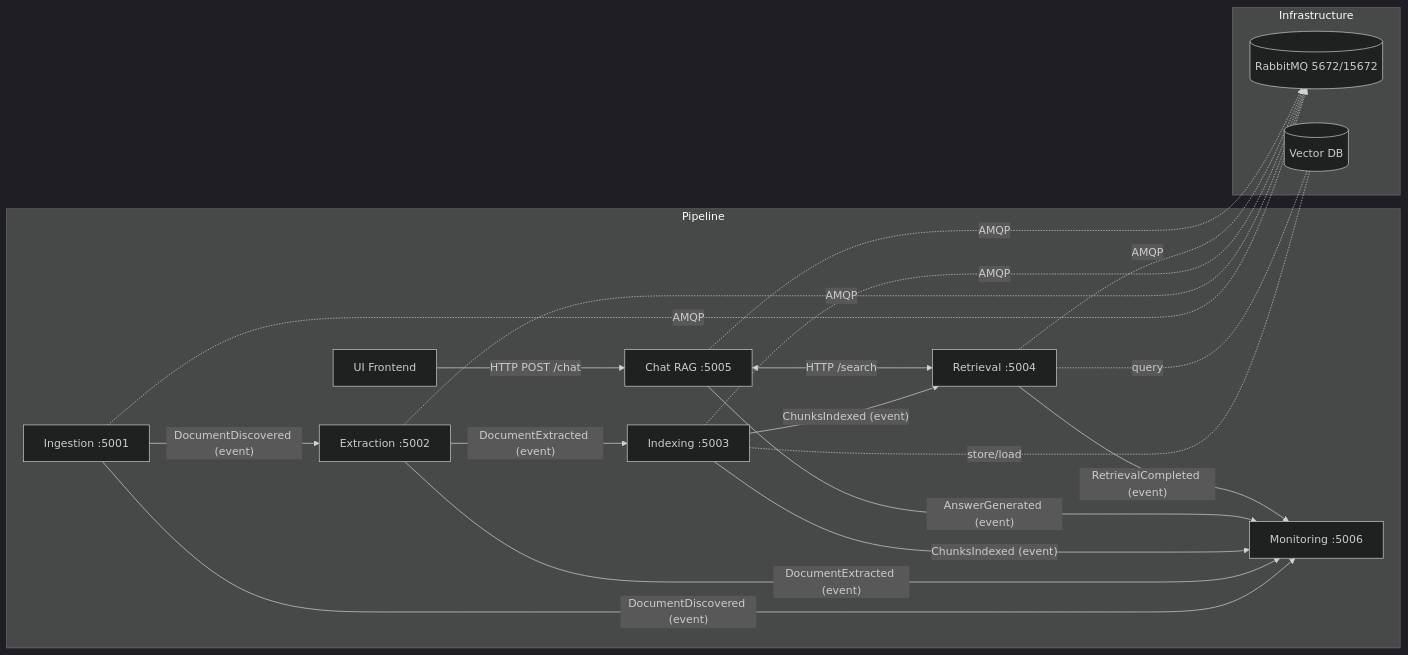
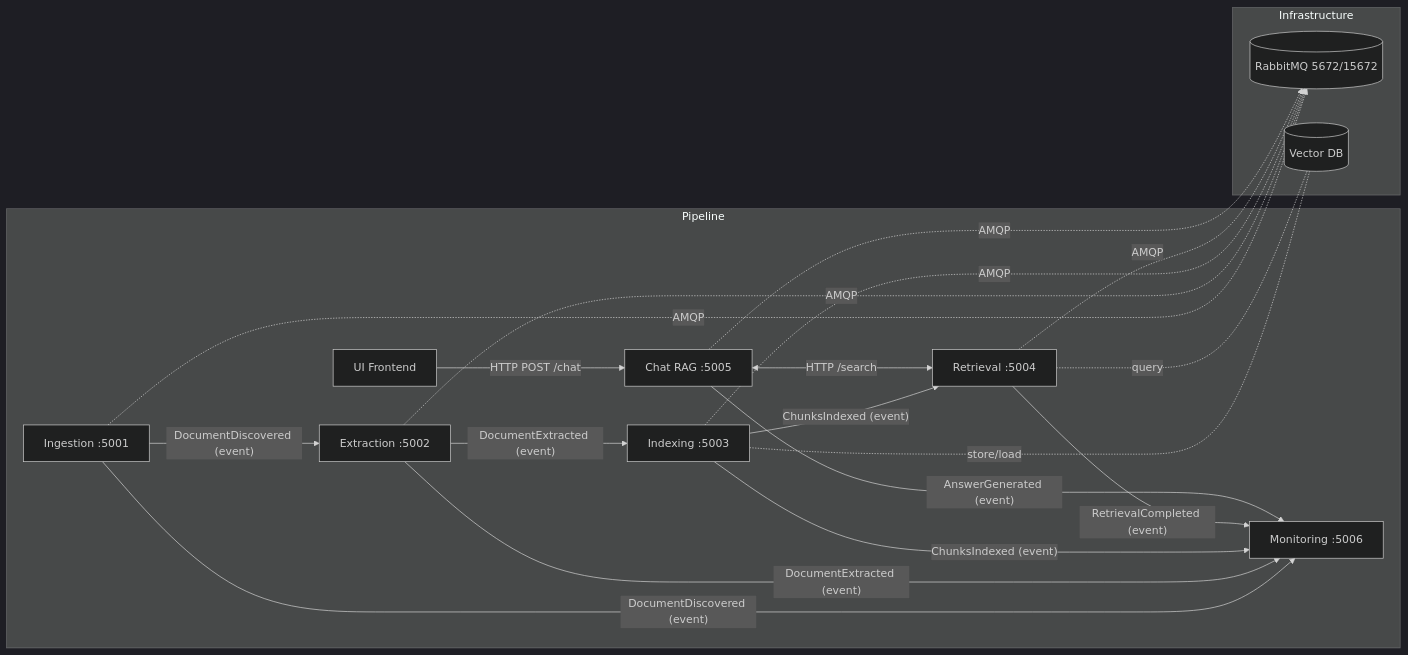
Before and after one commit to Rickycg21/MARP.Guide.Chatbot.Y3: the diagram in docs/architecture.md, drawn with Mermaid (dark theme). The commit also changed other lines of this file and 2 other files, not shown here.

````diff
--- a/docs/architecture.md
+++ b/docs/architecture.md
@@ -62,40 +62,40 @@
 ```mermaid
 flowchart LR
   %% Nodes
   subgraph Pipeline
     I[Ingestion :5001]
     E[Extraction :5002]
     X[Indexing :5003]
     R[Retrieval :5004]
     C[Chat RAG :5005]
     U[UI Frontend]
     M[Monitoring :5006]
   end
 
   subgraph Infrastructure
     Q[(RabbitMQ 5672/15672)]
     V[(Vector DB)]
   end
 
   %% Pipeline edges
   I -->|"DocumentDiscovered (event)"| E
   I -->|"DocumentDiscovered (event)"| M
   E -->|"DocumentExtracted (event)"| X
   E -->|"DocumentExtracted (event)"| M
   X -->|"ChunksIndexed (event)"| R
   X -->|"ChunksIndexed (event)"| M
   C <-->|"HTTP /search"| R
   U -->|"HTTP POST /chat"| C
+  R -->|"RetrievalCompleted (event)"| M
   C -->|"AnswerGenerated (event)"| M
-  R -->|"RetrievalCompleted (event)"| M
 
   %% Messaging & storage
   I -. "AMQP" .-> Q
   E -. "AMQP" .-> Q
   X -. "AMQP" .-> Q
   R -. "AMQP" .-> Q
   C -. "AMQP" .-> Q
 
   X -. "store/load" .- V
   R -. "query" .- V
 ```
````
